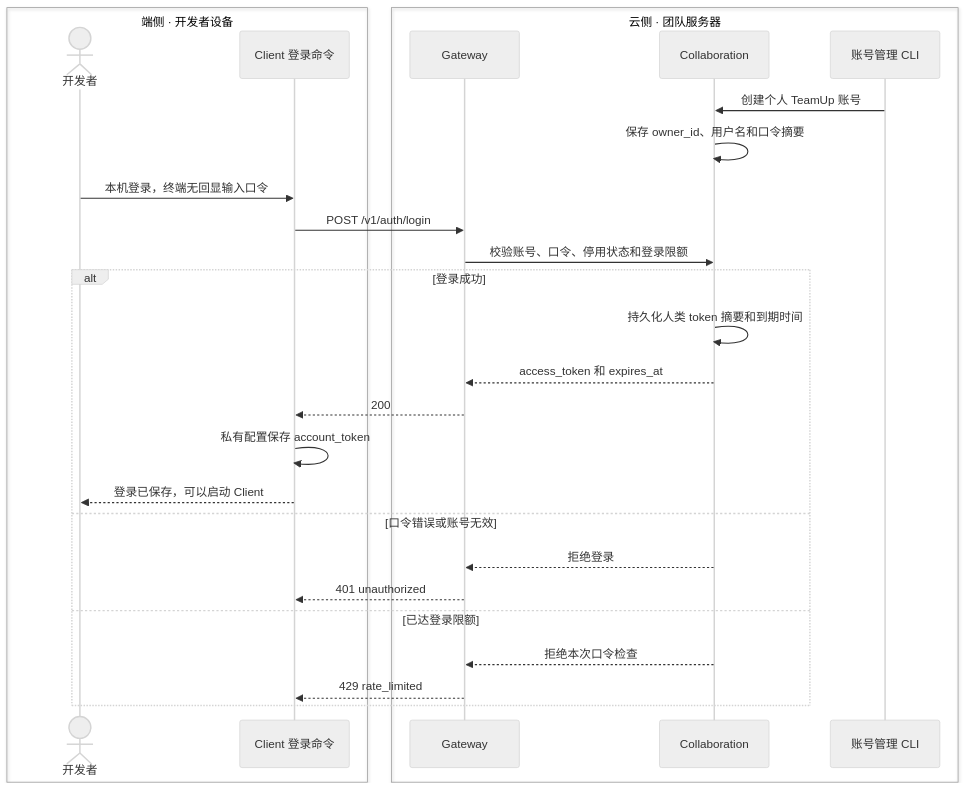
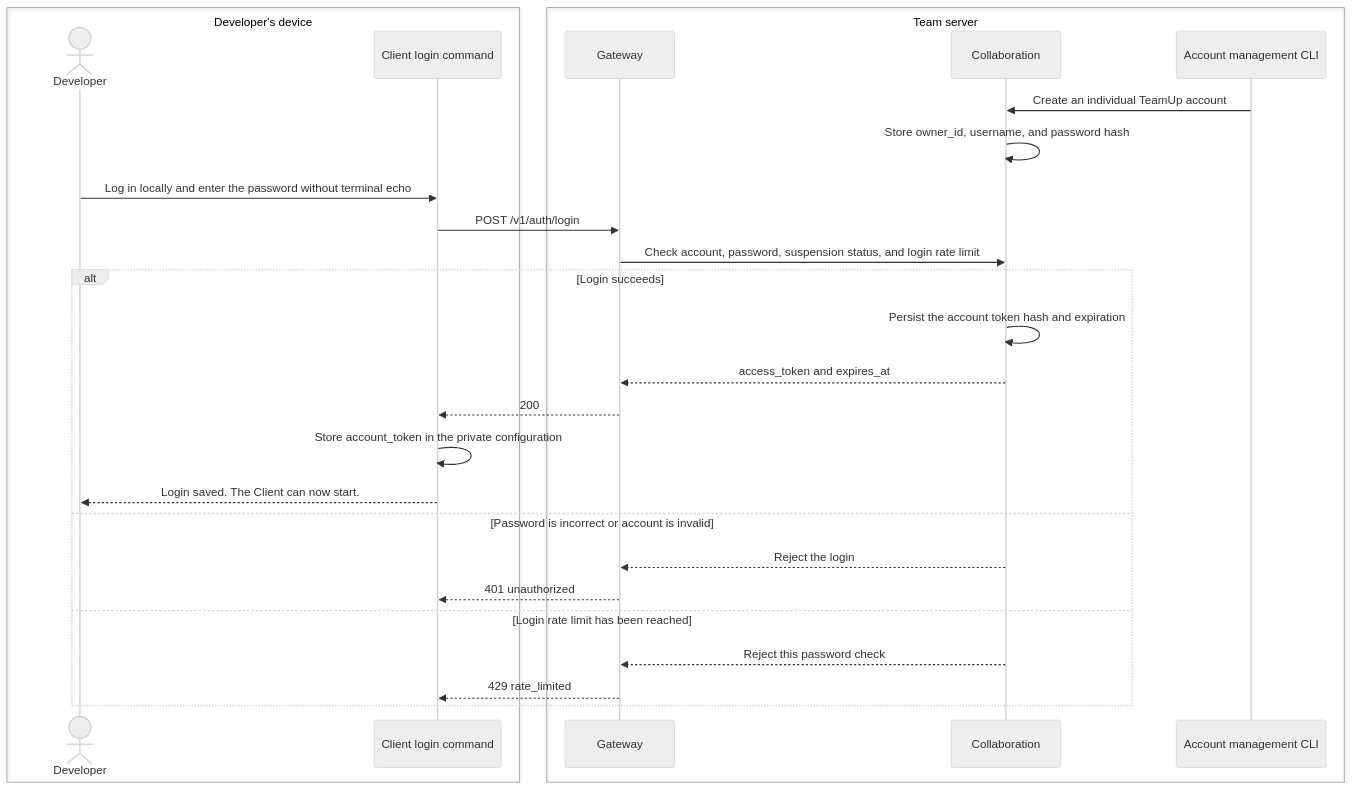
Before and after one commit to Jianyu010/TeamUp: the first of 4 diagrams in docs/implementation/authentication/README.md, drawn with Mermaid (neutral theme). The commit also changed other lines of this file and 44 other files, not shown here.

````diff
--- a/docs/implementation/authentication/README.md
+++ b/docs/implementation/authentication/README.md
@@ -20,31 +20,31 @@
 ```mermaid
 sequenceDiagram
-    box transparent 端侧 · 开发者设备
-        actor U as 开发者
-        participant L as Client 登录命令
+    box transparent Developer's device
+        actor U as Developer
+        participant L as Client login command
     end
-    box transparent 云侧 · 团队服务器
+    box transparent Team server
         participant G as Gateway
         participant S as Collaboration
-        participant Admin as 账号管理 CLI
+        participant Admin as Account management CLI
     end
 
-    Admin->>S: 创建个人 TeamUp 账号
-    S->>S: 保存 owner_id、用户名和口令摘要
-    U->>L: 本机登录，终端无回显输入口令
+    Admin->>S: Create an individual TeamUp account
+    S->>S: Store owner_id, username, and password hash
+    U->>L: Log in locally and enter the password without terminal echo
     L->>G: POST /v1/auth/login
-    G->>S: 校验账号、口令、停用状态和登录限额
-    alt 登录成功
-        S->>S: 持久化人类 token 摘要和到期时间
-        S-->>G: access_token 和 expires_at
+    G->>S: Check account, password, suspension status, and login rate limit
+    alt Login succeeds
+        S->>S: Persist the account token hash and expiration
+        S-->>G: access_token and expires_at
         G-->>L: 200
-        L->>L: 私有配置保存 account_token
-        L-->>U: 登录已保存，可以启动 Client
-    else 口令错误或账号无效
-        S-->>G: 拒绝登录
+        L->>L: Store account_token in the private configuration
+        L-->>U: Login saved. The Client can now start.
+    else Password is incorrect or account is invalid
+        S-->>G: Reject the login
         G-->>L: 401 unauthorized
-    else 已达登录限额
-        S-->>G: 拒绝本次口令检查
+    else Login rate limit has been reached
+        S-->>G: Reject this password check
         G-->>L: 429 rate_limited
     end
 ```
````
